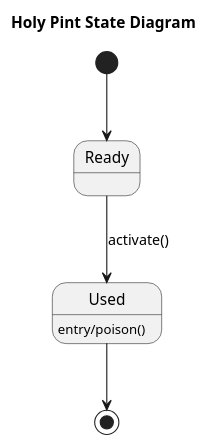
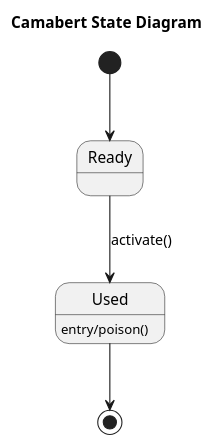
Before and after one commit to sn4k3ch4rm3r/logarlec: the diagram in docs/diagrams/state/camambert-state.puml, drawn with PlantUML. The commit also changed 3 other files, not shown here.

Commit message:
Added missing titles and a Room state Diagram

```diff
--- a/docs/diagrams/state/camambert-state.puml
+++ b/docs/diagrams/state/camambert-state.puml
@@ -1,9 +1,9 @@
 @startuml camambert
-title Holy Pint State Diagram
+title Camabert State Diagram
 
 [*] --> Ready
 Ready --> Used: activate()
 Used --> [*]
 
 Used: entry/poison()
 @enduml
```
